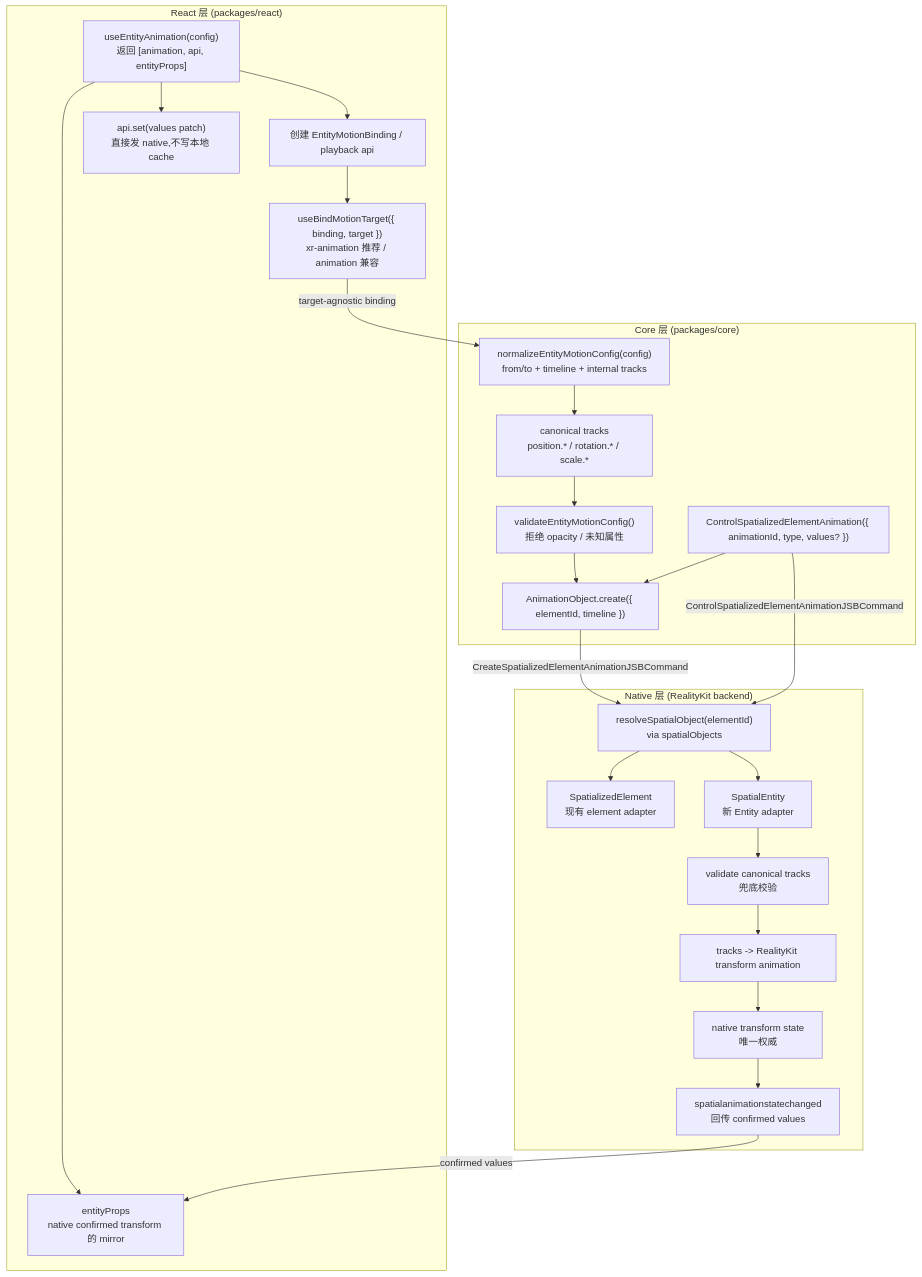
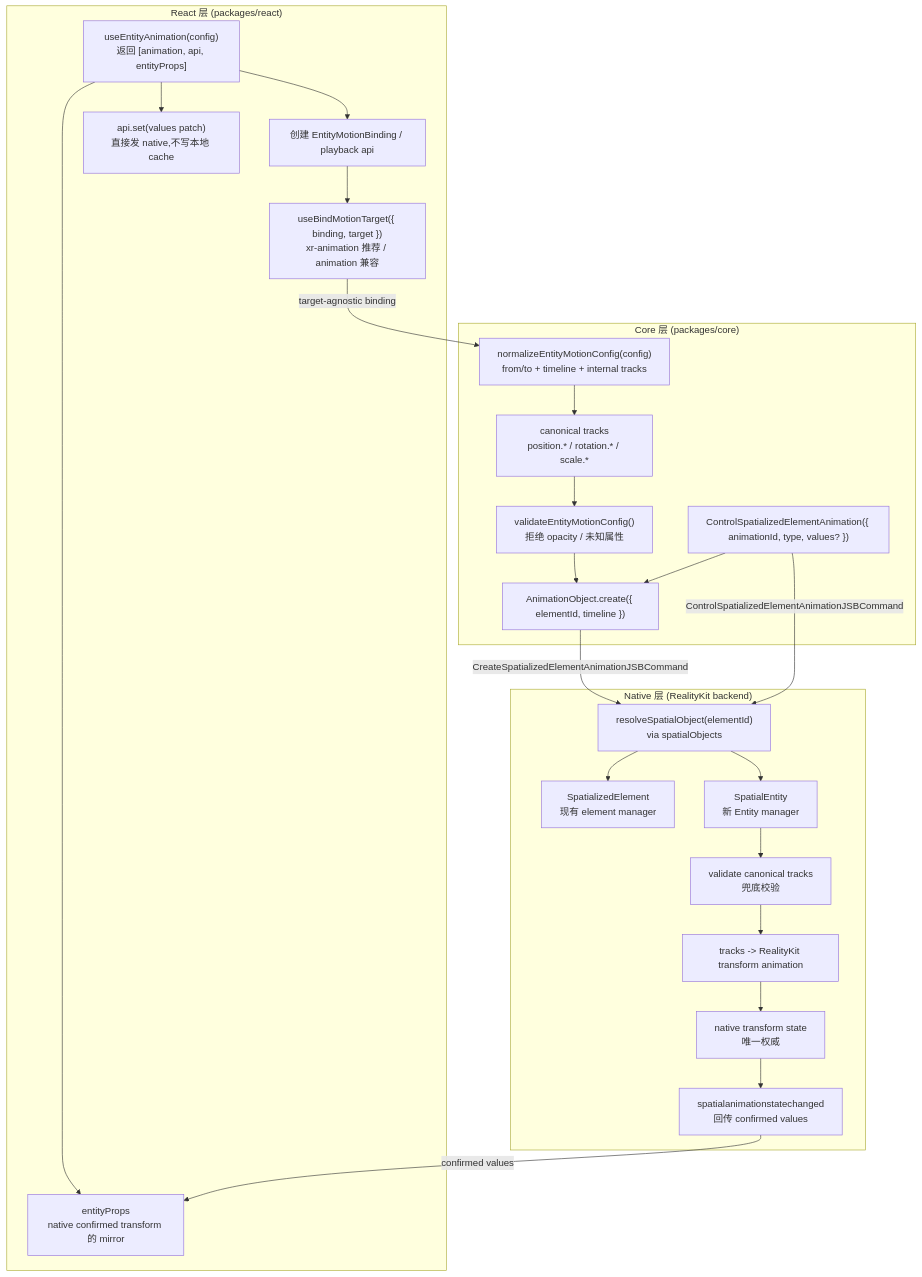
Before and after one commit to webspatial/webspatial-sdk: the first of 8 diagrams in openspec/changes/redesign-entity-motion-api/design.zh.md, drawn with Mermaid. The commit also changed other lines of this file and 3 other files, not shown here.

Commit message:
detail native arch diagram

````diff
--- a/openspec/changes/redesign-entity-motion-api/design.zh.md
+++ b/openspec/changes/redesign-entity-motion-api/design.zh.md
@@ -83,50 +83,50 @@
 ```mermaid
 flowchart TB
     subgraph React["React 层 (packages/react)"]
         UseEntity["useEntityAnimation(config)<br/>返回 [animation, api, entityProps]"]
         ReactBinding["创建 EntityMotionBinding / playback api"]
         EntityProps["entityProps<br/>native confirmed transform 的 mirror"]
         ApiSet["api.set(values patch)<br/>直接发 native,不写本地 cache"]
         BindTarget["useBindMotionTarget({ binding, target })<br/>xr-animation 推荐 / animation 兼容"]
 
         UseEntity --> ReactBinding
         UseEntity --> EntityProps
         UseEntity --> ApiSet
         ReactBinding --> BindTarget
     end
 
     subgraph Core["Core 层 (packages/core)"]
         Normalize["normalizeEntityMotionConfig(config)<br/>from/to + timeline + internal tracks"]
         Tracks["canonical tracks<br/>position.* / rotation.* / scale.*"]
         Validate["validateEntityMotionConfig()<br/>拒绝 opacity / 未知属性"]
         CreateObject["AnimationObject.create({ elementId, timeline })"]
         ControlObject["ControlSpatializedElementAnimation({ animationId, type, values? })"]
 
         Normalize --> Tracks
         Tracks --> Validate
         Validate --> CreateObject
         ControlObject --> CreateObject
     end
 
     subgraph Native["Native 层 (RealityKit backend)"]
         Resolve["resolveSpatialObject(elementId)<br/>via spatialObjects"]
-        ElementAdapter["SpatializedElement<br/>现有 element adapter"]
-        EntityAdapter["SpatialEntity<br/>新 Entity adapter"]
+        ElementAdapter["SpatializedElement<br/>现有 element manager"]
+        EntityManager["SpatialEntity<br/>新 Entity manager"]
         NativeValidate["validate canonical tracks<br/>兜底校验"]
         Compile["tracks -> RealityKit transform animation"]
         Authority["native transform state<br/>唯一权威"]
         Event["spatialanimationstatechanged<br/>回传 confirmed values"]
 
         Resolve --> ElementAdapter
-        Resolve --> EntityAdapter
-        EntityAdapter --> NativeValidate
+        Resolve --> EntityManager
+        EntityManager --> NativeValidate
         NativeValidate --> Compile
         Compile --> Authority
         Authority --> Event
     end
 
     BindTarget -->|"target-agnostic binding"| Normalize
     CreateObject -->|"CreateSpatializedElementAnimationJSBCommand"| Resolve
     ControlObject -->|"ControlSpatializedElementAnimationJSBCommand"| Resolve
     Event -->|"confirmed values"| EntityProps
 ```
````
